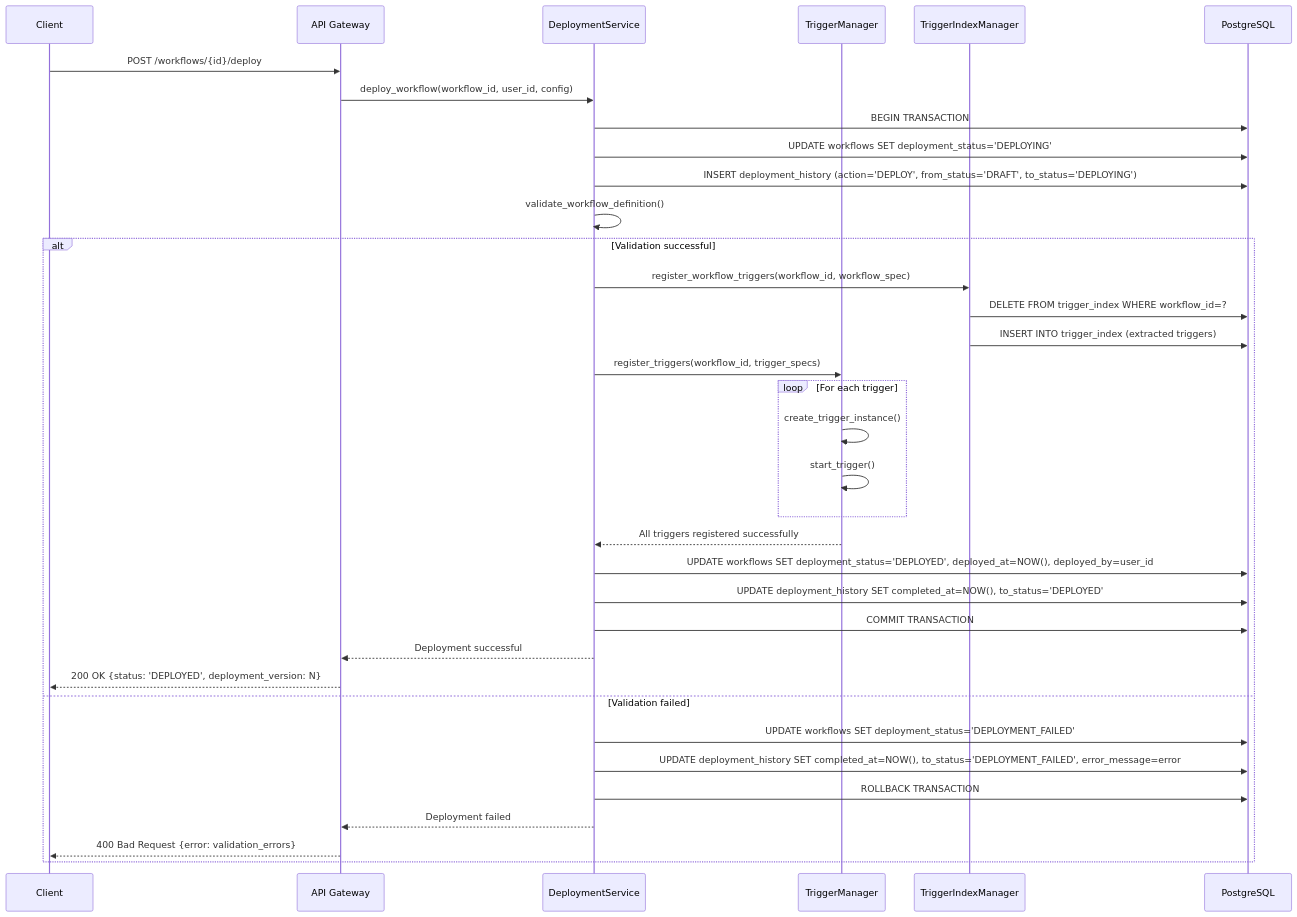
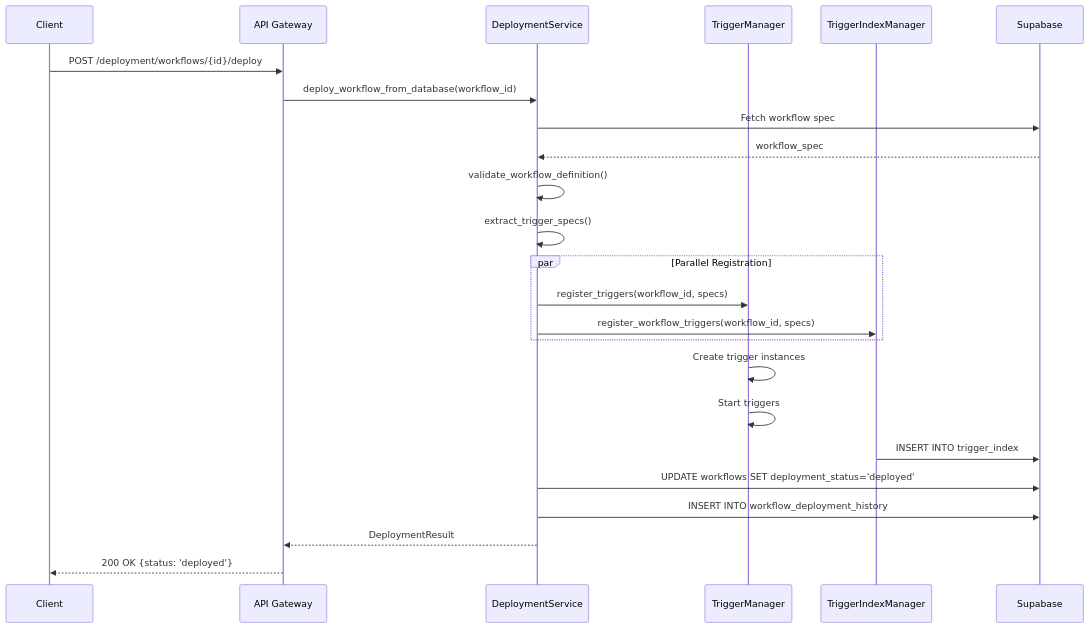
Before and after one commit to CurvatureX/agent_team_monorepo: the second of 9 diagrams in docs/tech-design/workflow-scheduler-architecture.md, drawn with Mermaid. The commit also changed other lines of this file and 22 other files, not shown here.

````diff
--- a/docs/tech-design/workflow-scheduler-architecture.md
+++ b/docs/tech-design/workflow-scheduler-architecture.md
@@ -770,48 +501,34 @@
 ```mermaid
 sequenceDiagram
     participant Client
     participant Gateway as API Gateway
     participant Deploy as DeploymentService
     participant TriggerMgr as TriggerManager
-    participant TriggerIndex as TriggerIndexManager
-    participant DB as PostgreSQL
+    participant IndexMgr as TriggerIndexManager
+    participant DB as Supabase
 
-    Client->>Gateway: POST /workflows/{id}/deploy
-    Gateway->>Deploy: deploy_workflow(workflow_id, user_id, config)
+    Client->>Gateway: POST /deployment/workflows/{id}/deploy
+    Gateway->>Deploy: deploy_workflow_from_database(workflow_id)
 
-    Deploy->>DB: BEGIN TRANSACTION
-    Deploy->>DB: UPDATE workflows SET deployment_status='DEPLOYING'
-    Deploy->>DB: INSERT deployment_history (action='DEPLOY', from_status='DRAFT', to_status='DEPLOYING')
+    Deploy->>DB: Fetch workflow spec
+    DB-->>Deploy: workflow_spec
 
     Deploy->>Deploy: validate_workflow_definition()
+    Deploy->>Deploy: extract_trigger_specs()
 
-    alt Validation successful
-        Deploy->>TriggerIndex: register_workflow_triggers(workflow_id, workflow_spec)
-        TriggerIndex->>DB: DELETE FROM trigger_index WHERE workflow_id=?
-        TriggerIndex->>DB: INSERT INTO trigger_index (extracted triggers)
+    par Parallel Registration
+        Deploy->>TriggerMgr: register_triggers(workflow_id, specs)
+        Deploy->>IndexMgr: register_workflow_triggers(workflow_id, specs)
+    end
 
-        Deploy->>TriggerMgr: register_triggers(workflow_id, trigger_specs)
+    TriggerMgr->>TriggerMgr: Create trigger instances
+    TriggerMgr->>TriggerMgr: Start triggers
 
-        loop For each trigger
-            TriggerMgr->>TriggerMgr: create_trigger_instance()
-            TriggerMgr->>TriggerMgr: start_trigger()
-        end
+    IndexMgr->>DB: INSERT INTO trigger_index
 
-        TriggerMgr-->>Deploy: All triggers registered successfully
+    Deploy->>DB: UPDATE workflows SET deployment_status='deployed'
+    Deploy->>DB: INSERT INTO workflow_deployment_history
 
-        Deploy->>DB: UPDATE workflows SET deployment_status='DEPLOYED', deployed_at=NOW(), deployed_by=user_id
-        Deploy->>DB: UPDATE deployment_history SET completed_at=NOW(), to_status='DEPLOYED'
-        Deploy->>DB: COMMIT TRANSACTION
-
-        Deploy-->>Gateway: Deployment successful
-        Gateway-->>Client: 200 OK {status: 'DEPLOYED', deployment_version: N}
-
-    else Validation failed
-        Deploy->>DB: UPDATE workflows SET deployment_status='DEPLOYMENT_FAILED'
-        Deploy->>DB: UPDATE deployment_history SET completed_at=NOW(), to_status='DEPLOYMENT_FAILED', error_message=error
-        Deploy->>DB: ROLLBACK TRANSACTION
-
-        Deploy-->>Gateway: Deployment failed
-        Gateway-->>Client: 400 Bad Request {error: validation_errors}
-    end
+    Deploy-->>Gateway: DeploymentResult
+    Gateway-->>Client: 200 OK {status: 'deployed'}
 ```
````
